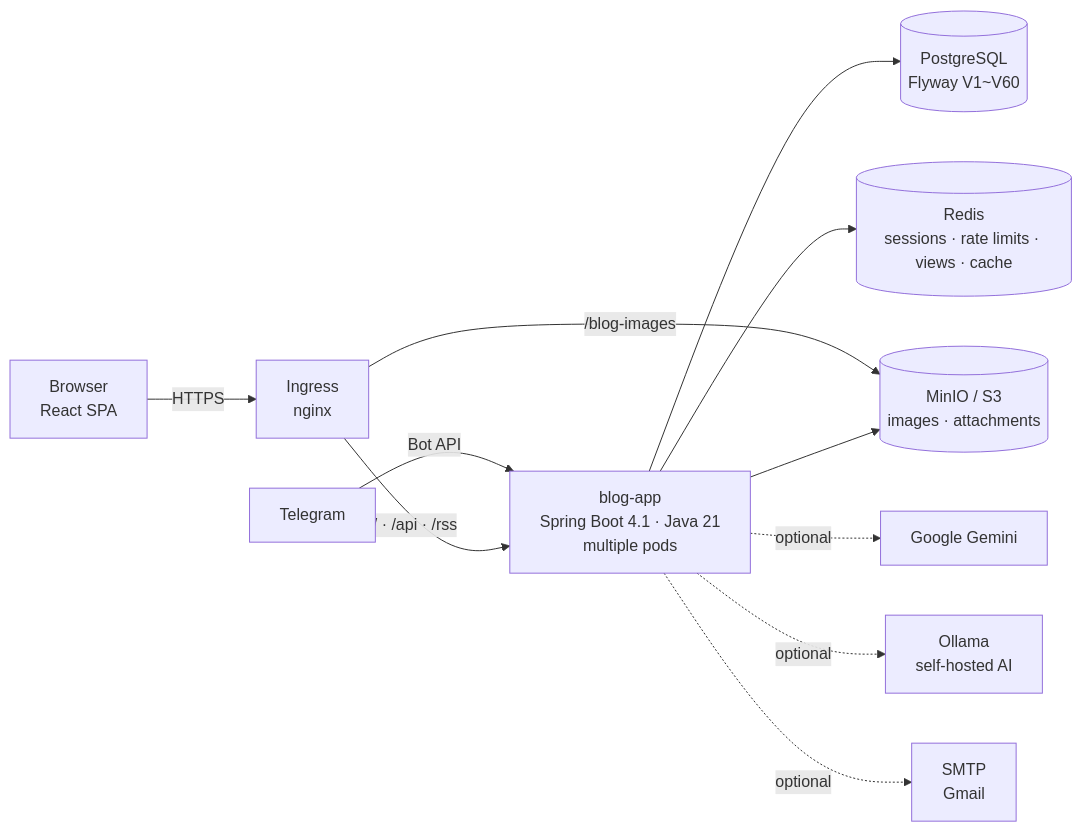
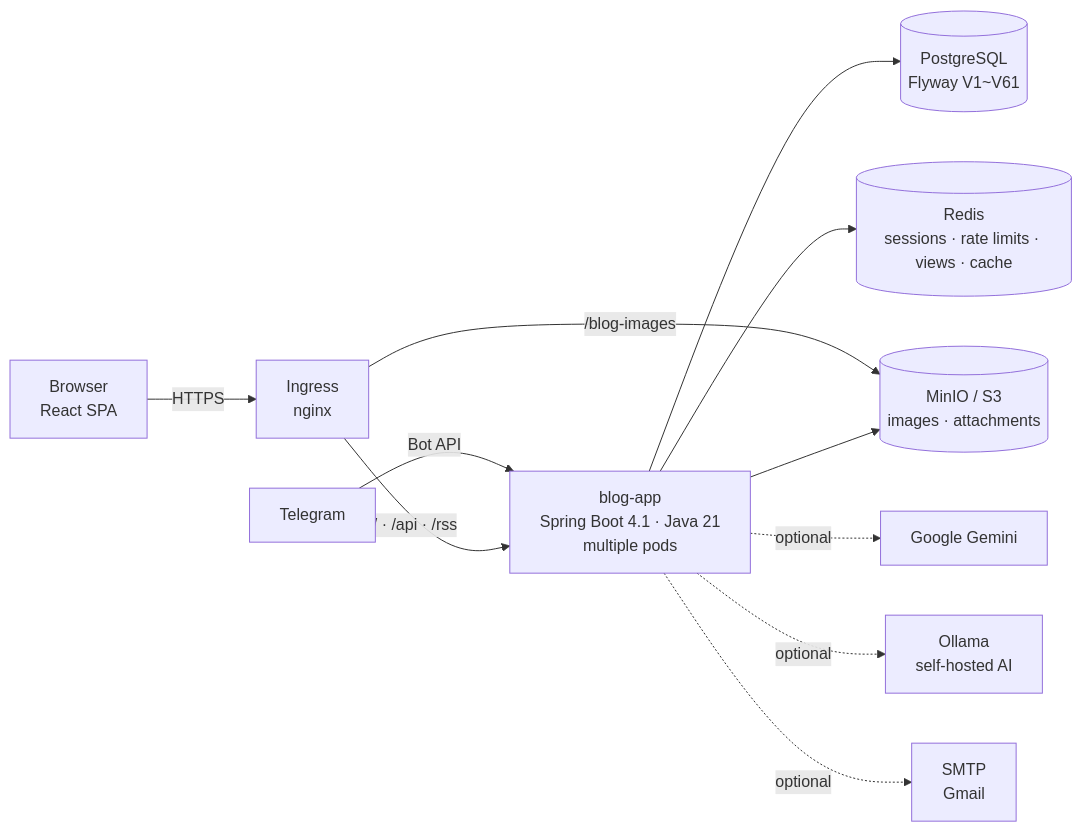
Before and after one commit to AIGJ-01-002-blog/devlog: the first of 3 diagrams in README.en.md, drawn with Mermaid. The commit also changed other lines of this file and 23 other files, not shown here.

````diff
--- a/README.en.md
+++ b/README.en.md
@@ -163,13 +163,13 @@
 ```mermaid
 flowchart LR
     B[Browser<br/>React SPA] -->|HTTPS| I[Ingress<br/>nginx]
     T[Telegram] -->|Bot API| A
     I -->|/ · /api · /rss| A[blog-app<br/>Spring Boot 4.1 · Java 21<br/>multiple pods]
     I -->|/blog-images| M[(MinIO / S3<br/>images · attachments)]
-    A --> P[(PostgreSQL<br/>Flyway V1~V60)]
+    A --> P[(PostgreSQL<br/>Flyway V1~V61)]
     A --> R[(Redis<br/>sessions · rate limits · views · cache)]
     A --> M
     A -.optional.-> G[Google Gemini]
     A -.optional.-> O[Ollama<br/>self-hosted AI]
     A -.optional.-> S[SMTP<br/>Gmail]
 ```
````
